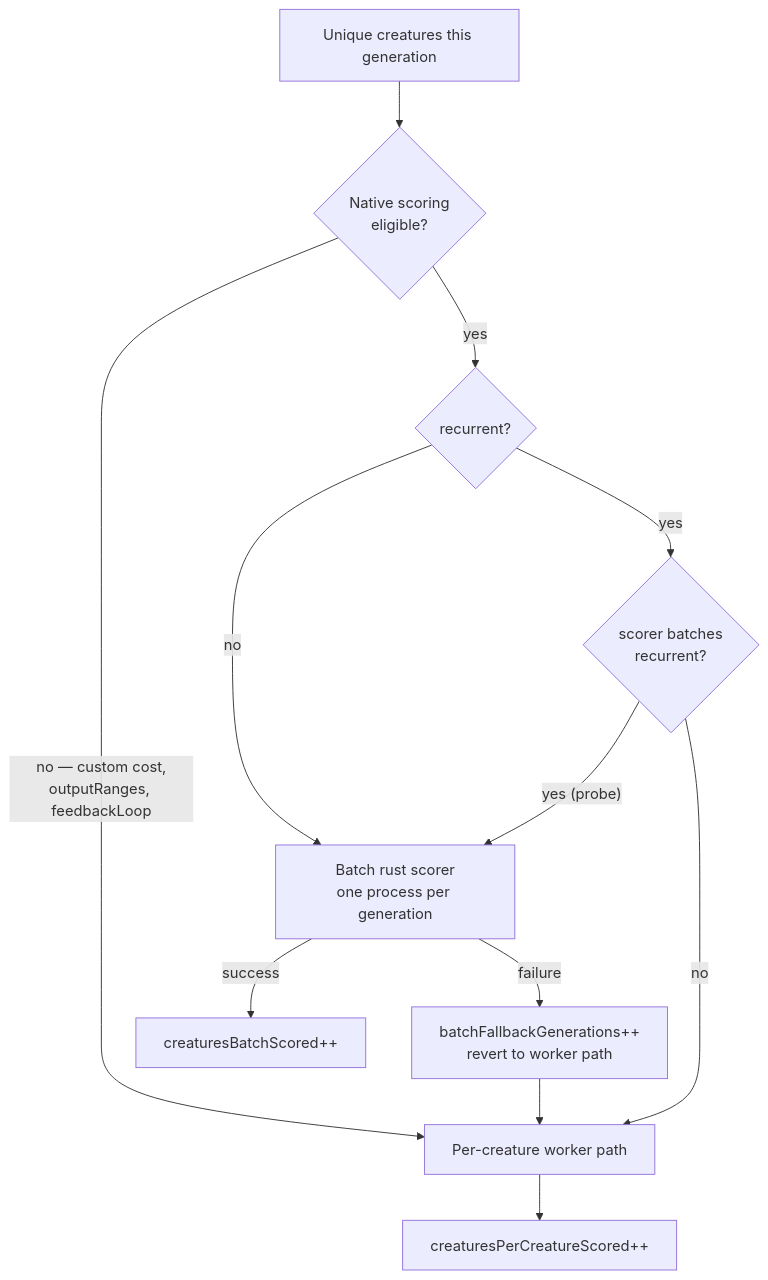
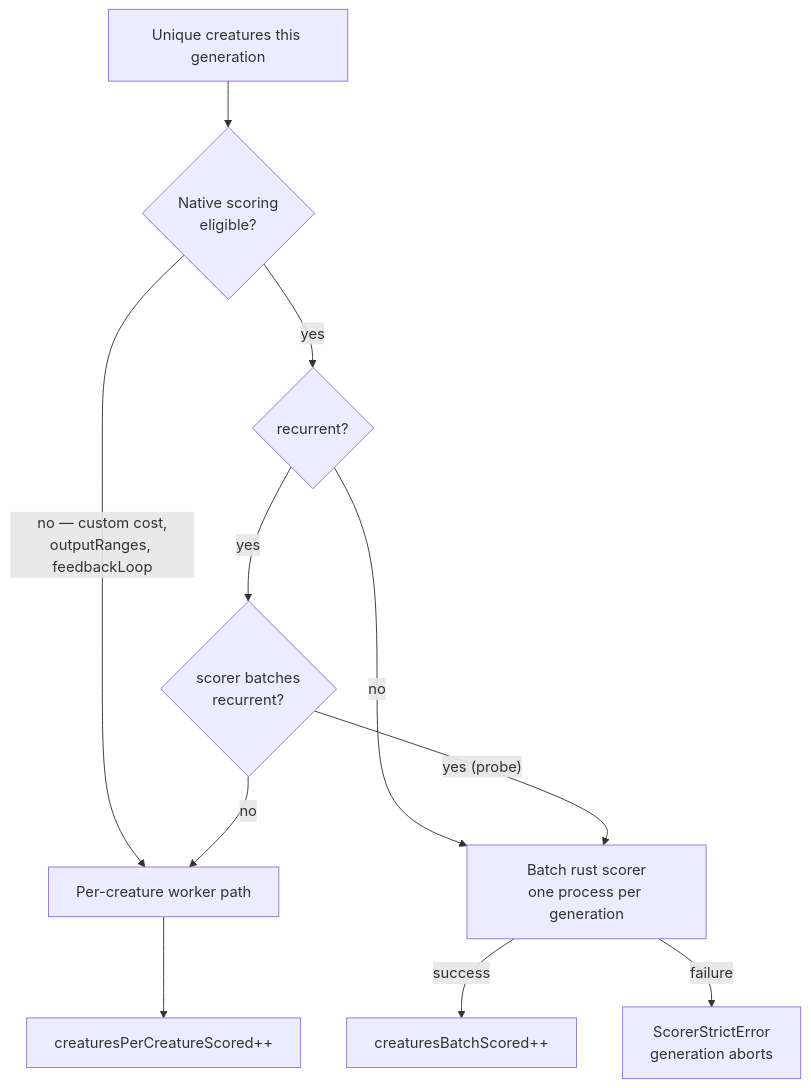
Before and after one commit to stSoftwareAU/NEAT-AI: the fifth of 7 diagrams in docs/event-driven-evolution.md, drawn with Mermaid. The commit also changed other lines of this file and 5 other files, not shown here.

````diff
--- a/docs/event-driven-evolution.md
+++ b/docs/event-driven-evolution.md
@@ -587,14 +589,13 @@
 ```mermaid
 flowchart TD
     Q[Unique creatures this generation] --> P{Native scoring<br/>eligible?}
     P -->|"no — custom cost,<br/>outputRanges, feedbackLoop"| W[Per-creature worker path]
     P -->|yes| R{recurrent?}
     R -->|no| B[Batch rust scorer<br/>one process per generation]
     R -->|yes| C{scorer batches<br/>recurrent?}
     C -->|"yes (probe)"| B
     C -->|no| W
     B -->|success| BS[creaturesBatchScored++]
-    B -->|failure| F[batchFallbackGenerations++<br/>revert to worker path]
-    F --> W
+    B -->|failure| F[ScorerStrictError<br/>generation aborts]
     W --> WS[creaturesPerCreatureScored++]
 ```
````
